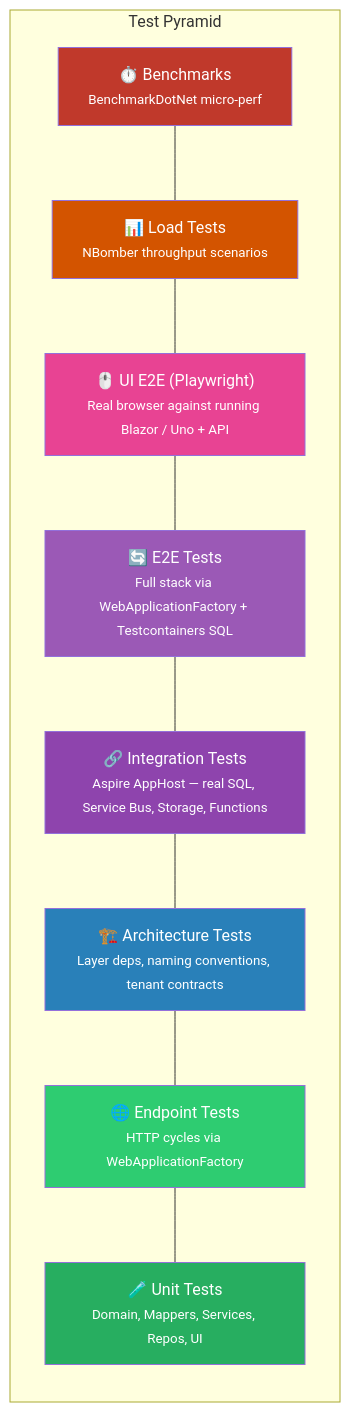
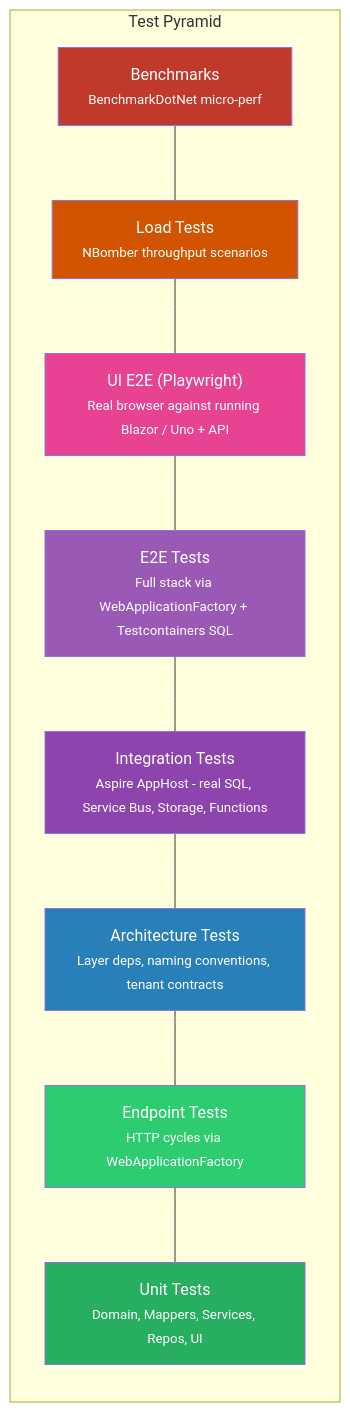
One commit to efreeman518/AI-Instructions-ReferenceApp changed diagram 16 of 22 in docs/tech-design.md. Above: the diagram before and after it, drawn with Mermaid. The commit also changed other lines of this file and 139 other files, not shown here.

````diff
--- a/docs/tech-design.md
+++ b/docs/tech-design.md
@@ -975,25 +975,25 @@
 ```mermaid
 graph TB
     subgraph pyramid["Test Pyramid"]
         direction BT
-        UNIT["🧪 Unit Tests<br/><small>Domain, Mappers, Services, Repos, UI</small>"]
-        ENDPOINTS["🌐 Endpoint Tests<br/><small>HTTP cycles via WebApplicationFactory</small>"]
-        ARCH["🏗️ Architecture Tests<br/><small>Layer deps, naming conventions, tenant contracts</small>"]
-        INT["🔗 Integration Tests<br/><small>Aspire AppHost — real SQL, Service Bus, Storage, Functions</small>"]
-        E2E["🔄 E2E Tests<br/><small>Full stack via WebApplicationFactory + Testcontainers SQL</small>"]
-        UIE2E["🖱️ UI E2E (Playwright)<br/><small>Real browser against running Blazor / Uno + API</small>"]
-        LOAD["📊 Load Tests<br/><small>NBomber throughput scenarios</small>"]
-        BENCH["⏱️ Benchmarks<br/><small>BenchmarkDotNet micro-perf</small>"]
+        UNIT[" Unit Tests<br/><small>Domain, Mappers, Services, Repos, UI</small>"]
+        ENDPOINTS[" Endpoint Tests<br/><small>HTTP cycles via WebApplicationFactory</small>"]
+        ARCH[" Architecture Tests<br/><small>Layer deps, naming conventions, tenant contracts</small>"]
+        INT[" Integration Tests<br/><small>Aspire AppHost - real SQL, Service Bus, Storage, Functions</small>"]
+        E2E[" E2E Tests<br/><small>Full stack via WebApplicationFactory + Testcontainers SQL</small>"]
+        UIE2E[" UI E2E (Playwright)<br/><small>Real browser against running Blazor / Uno + API</small>"]
+        LOAD[" Load Tests<br/><small>NBomber throughput scenarios</small>"]
+        BENCH[" Benchmarks<br/><small>BenchmarkDotNet micro-perf</small>"]
     end
 
     UNIT --- ENDPOINTS --- ARCH --- INT --- E2E --- UIE2E --- LOAD --- BENCH
 
     style UNIT fill:#27ae60,color:#fff
     style ENDPOINTS fill:#2ecc71,color:#fff
     style ARCH fill:#2980b9,color:#fff
     style INT fill:#8e44ad,color:#fff
     style E2E fill:#9b59b6,color:#fff
     style UIE2E fill:#e84393,color:#fff
     style LOAD fill:#d35400,color:#fff
     style BENCH fill:#c0392b,color:#fff
 ```
````
